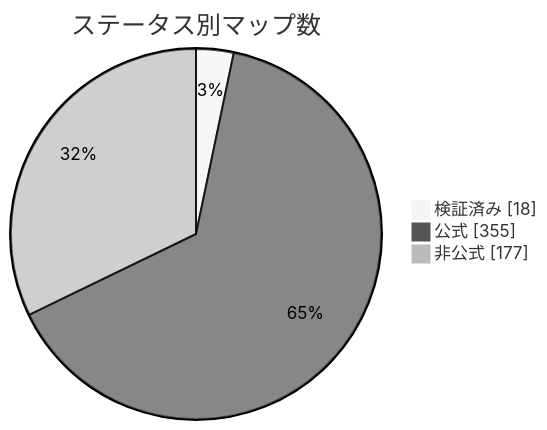
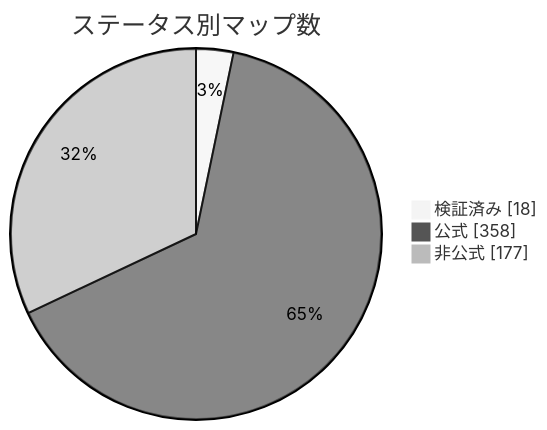
The diagram in docs/readme/README_JP.md (nobrega8/mbmap-library), drawn with Mermaid (neutral theme) before and after one commit. The commit also changed 8 other files, not shown here.

````diff
--- a/docs/readme/README_JP.md
+++ b/docs/readme/README_JP.md
@@ -54,7 +54,7 @@
 ```mermaid
 pie showData
     title ステータス別マップ数
     "検証済み" : 18
-    "公式" : 355
+    "公式" : 358
     "非公式" : 177
 ```
````
